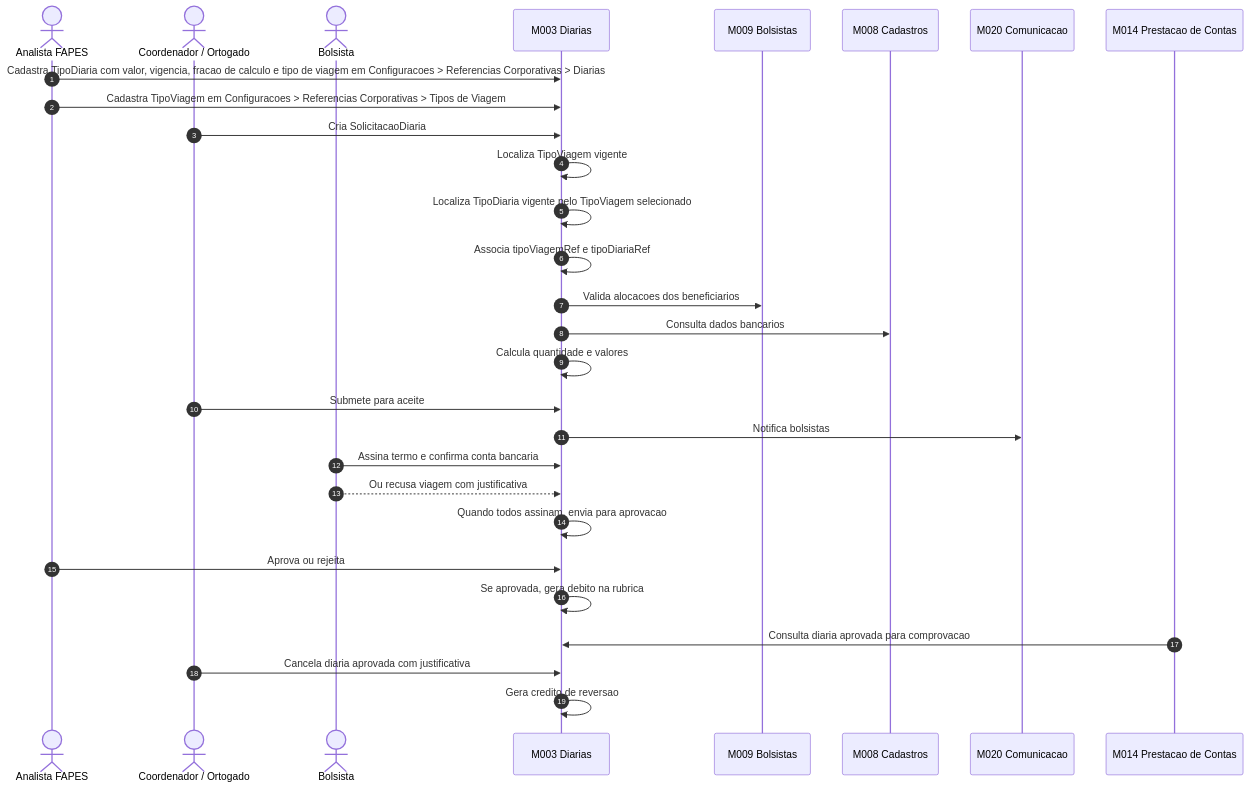
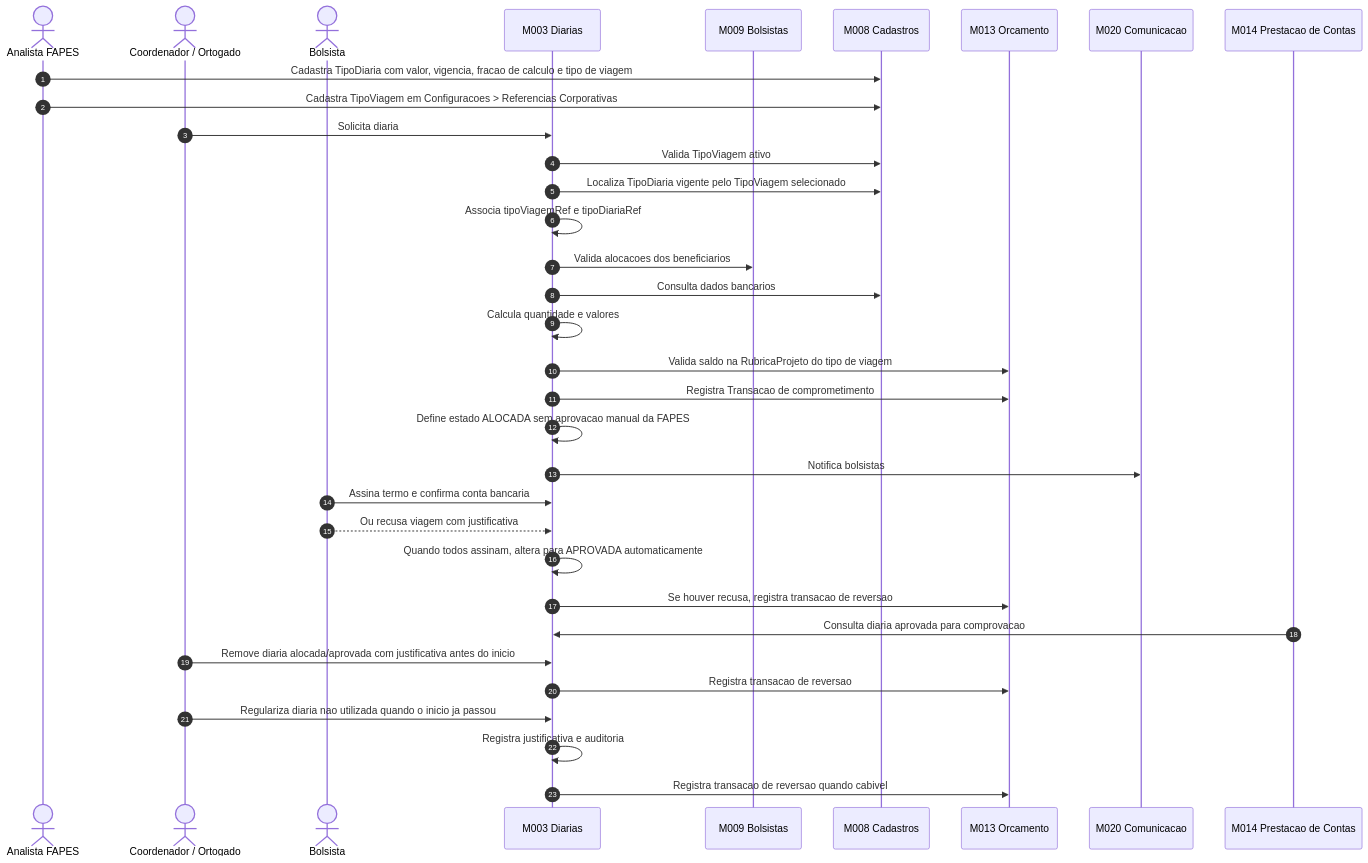
Before and after one commit to Czzped/conecta-fapes-teste: the first of 2 diagrams in docs/implementation/modules/M003-gestao-iniciativas-captadas/diarias/processo.md, drawn with Mermaid. The commit also changed other lines of this file and 102 other files, not shown here.

````diff
--- a/docs/implementation/modules/M003-gestao-iniciativas-captadas/diarias/processo.md
+++ b/docs/implementation/modules/M003-gestao-iniciativas-captadas/diarias/processo.md
@@ -7,32 +7,37 @@
 ```mermaid
 sequenceDiagram
     autonumber
     actor FAPES as Analista FAPES
     actor Coord as Coordenador / Ortogado
     actor Bolsista as Bolsista
     participant M003 as M003 Diarias
     participant M009 as M009 Bolsistas
     participant M008 as M008 Cadastros
+    participant M013 as M013 Orcamento
     participant M020 as M020 Comunicacao
     participant M014 as M014 Prestacao de Contas
 
-    FAPES->>M003: Cadastra TipoDiaria com valor, vigencia, fracao de calculo e tipo de viagem em Configuracoes > Referencias Corporativas > Diarias
-    FAPES->>M003: Cadastra TipoViagem em Configuracoes > Referencias Corporativas > Tipos de Viagem
-    Coord->>M003: Cria SolicitacaoDiaria
-    M003->>M003: Localiza TipoViagem vigente
-    M003->>M003: Localiza TipoDiaria vigente pelo TipoViagem selecionado
+    FAPES->>M008: Cadastra TipoDiaria com valor, vigencia, fracao de calculo e tipo de viagem
+    FAPES->>M008: Cadastra TipoViagem em Configuracoes > Referencias Corporativas
+    Coord->>M003: Solicita diaria
+    M003->>M008: Valida TipoViagem ativo
+    M003->>M008: Localiza TipoDiaria vigente pelo TipoViagem selecionado
     M003->>M003: Associa tipoViagemRef e tipoDiariaRef
     M003->>M009: Valida alocacoes dos beneficiarios
     M003->>M008: Consulta dados bancarios
     M003->>M003: Calcula quantidade e valores
-    Coord->>M003: Submete para aceite
+    M003->>M013: Valida saldo na RubricaProjeto do tipo de viagem
+    M003->>M013: Registra Transacao de comprometimento
+    M003->>M003: Define estado ALOCADA sem aprovacao manual da FAPES
     M003->>M020: Notifica bolsistas
     Bolsista->>M003: Assina termo e confirma conta bancaria
     Bolsista-->>M003: Ou recusa viagem com justificativa
-    M003->>M003: Quando todos assinam, envia para aprovacao
-    FAPES->>M003: Aprova ou rejeita
-    M003->>M003: Se aprovada, gera debito na rubrica
+    M003->>M003: Quando todos assinam, altera para APROVADA automaticamente
+    M003->>M013: Se houver recusa, registra transacao de reversao
     M014->>M003: Consulta diaria aprovada para comprovacao
-    Coord->>M003: Cancela diaria aprovada com justificativa
-    M003->>M003: Gera credito de reversao
+    Coord->>M003: Remove diaria alocada/aprovada com justificativa antes do inicio
+    M003->>M013: Registra transacao de reversao
+    Coord->>M003: Regulariza diaria nao utilizada quando o inicio ja passou
+    M003->>M003: Registra justificativa e auditoria
+    M003->>M013: Registra transacao de reversao quando cabivel
 ```
````
